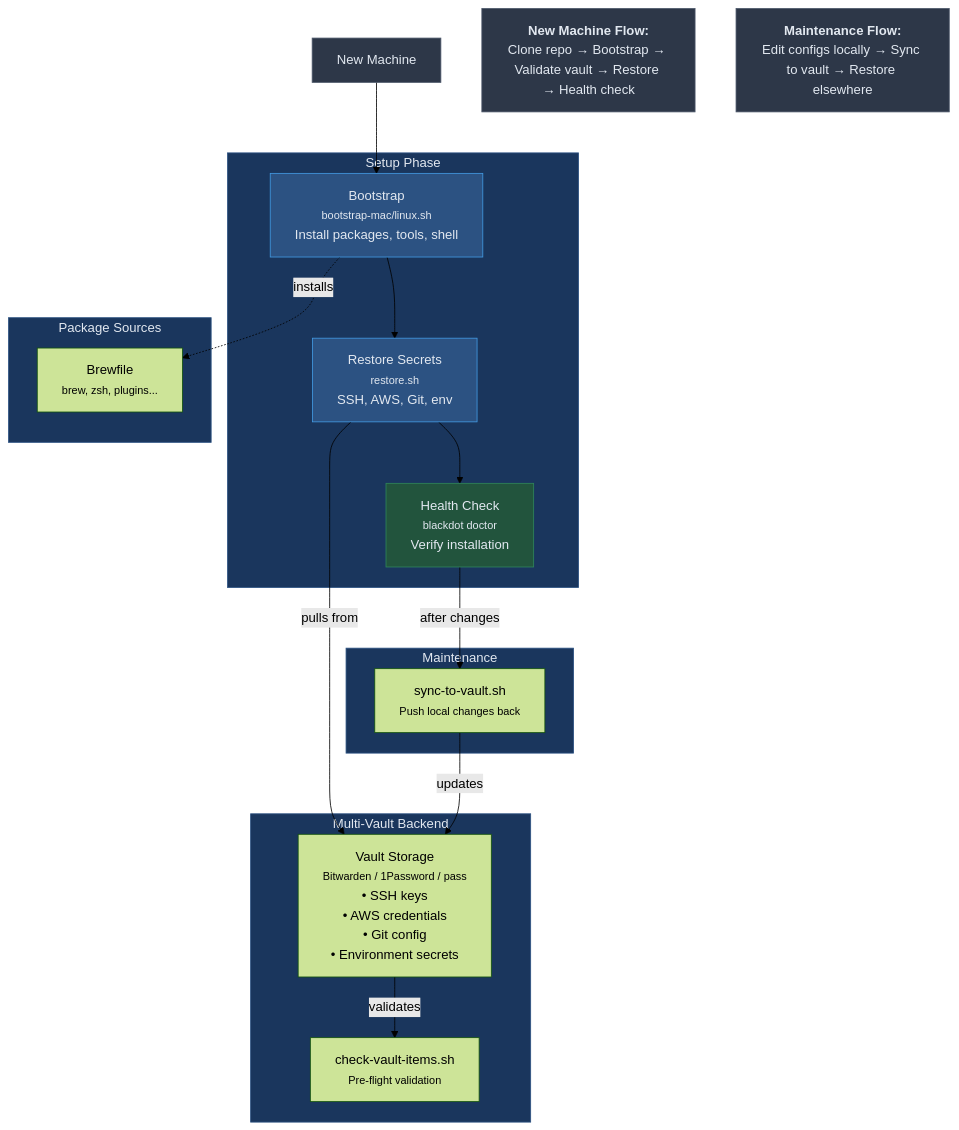
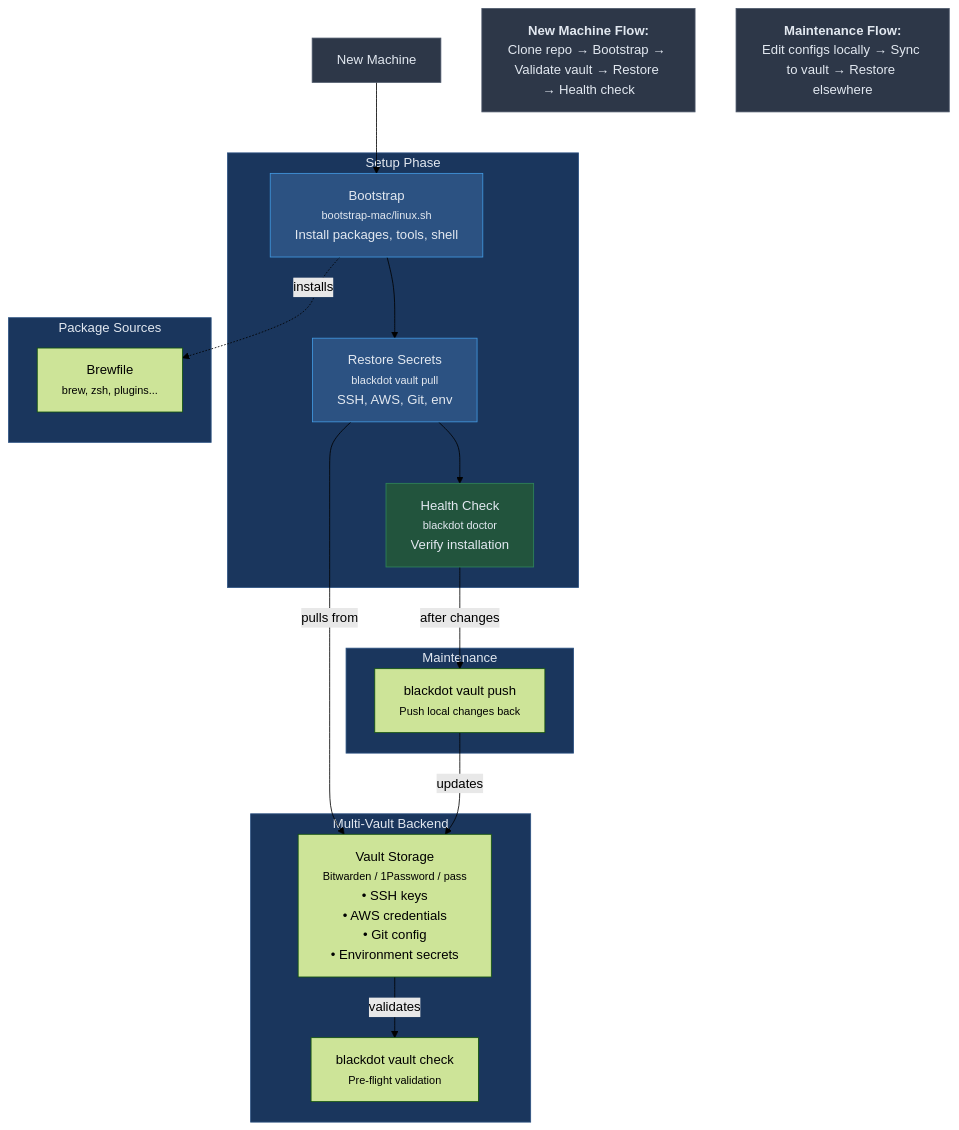
Before and after one commit to blackwell-systems/blackdot: the fourth of 5 diagrams in docs/README-FULL.md, drawn with Mermaid (forest theme). The commit also changed other lines of this file, not shown here.

First line of the commit message:
docs: Update README-FULL.md for Go-first architecture

````diff
--- a/docs/README-FULL.md
+++ b/docs/README-FULL.md
@@ -824,47 +825,47 @@
 ```mermaid
 flowchart TB
     machine["New Machine"]
 
     subgraph setup["Setup Phase"]
         bootstrap["Bootstrap<br/><small>bootstrap-mac/linux.sh</small><br/>Install packages, tools, shell"]
-        restore["Restore Secrets<br/><small>restore.sh</small><br/>SSH, AWS, Git, env"]
+        restore["Restore Secrets<br/><small>blackdot vault pull</small><br/>SSH, AWS, Git, env"]
         verify["Health Check<br/><small>blackdot doctor</small><br/>Verify installation"]
     end
 
     subgraph tools["Package Sources"]
         brewfile["Brewfile<br/><small>brew, zsh, plugins...</small>"]
     end
 
     subgraph vault["Multi-Vault Backend"]
         vault_storage["Vault Storage<br/><small>Bitwarden / 1Password / pass</small><br/>• SSH keys<br/>• AWS credentials<br/>• Git config<br/>• Environment secrets"]
-        vault_check["check-vault-items.sh<br/><small>Pre-flight validation</small>"]
+        vault_check["blackdot vault check<br/><small>Pre-flight validation</small>"]
     end
 
     subgraph sync["Maintenance"]
-        sync_back["sync-to-vault.sh<br/><small>Push local changes back</small>"]
+        sync_back["blackdot vault push<br/><small>Push local changes back</small>"]
     end
 
     machine --> bootstrap
     bootstrap --> restore
     restore --> verify
 
     bootstrap -.->|installs| brewfile
     restore -->|pulls from| vault_storage
     vault_storage -->|validates| vault_check
     verify -->|after changes| sync_back
     sync_back -->|updates| vault_storage
 
     flow1["<b>New Machine Flow:</b><br/>Clone repo → Bootstrap → Validate vault → Restore → Health check"]
     flow2["<b>Maintenance Flow:</b><br/>Edit configs locally → Sync to vault → Restore elsewhere"]
 
     style machine fill:#2d3748,stroke:#4a5568,color:#e2e8f0
     style setup fill:#1a365d,stroke:#2c5282,color:#e2e8f0
     style tools fill:#1a365d,stroke:#2c5282,color:#e2e8f0
     style vault fill:#1a365d,stroke:#2c5282,color:#e2e8f0
     style sync fill:#1a365d,stroke:#2c5282,color:#e2e8f0
     style bootstrap fill:#2c5282,stroke:#4299e1,color:#e2e8f0
     style restore fill:#2c5282,stroke:#4299e1,color:#e2e8f0
     style verify fill:#22543d,stroke:#2f855a,color:#e2e8f0
     style flow1 fill:#2d3748,stroke:#4a5568,color:#e2e8f0
     style flow2 fill:#2d3748,stroke:#4a5568,color:#e2e8f0
 ```
````
